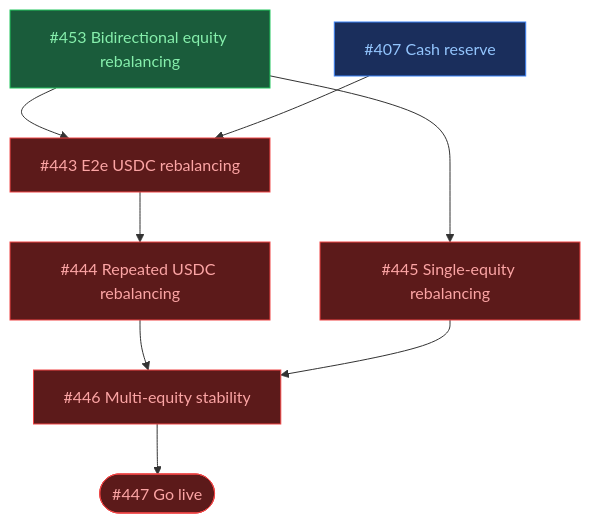
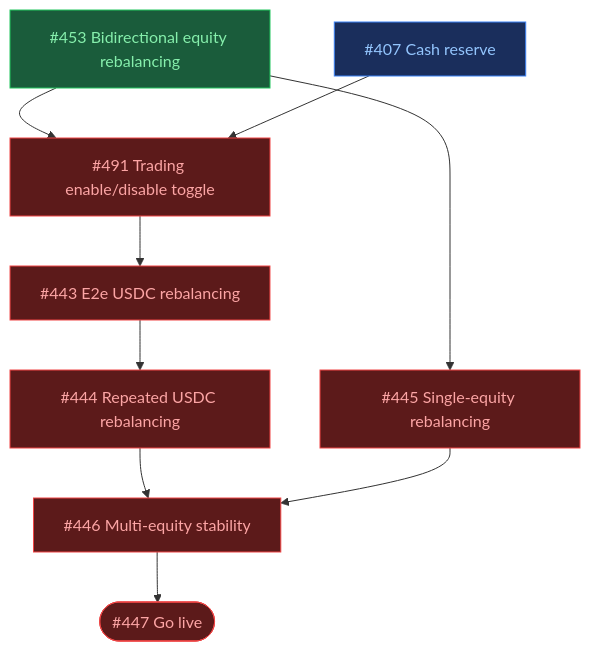
The eighth of 8 diagrams in ROADMAP.md (ST0x-Technology/st0x.liquidity), drawn with Mermaid before and after one commit. The commit also changed other lines of this file, not shown here.

Commit message:
roadmap: add #491 trading toggle between cash reserve and e2e rebalancing

````diff
--- a/ROADMAP.md
+++ b/ROADMAP.md
@@ -297,26 +297,28 @@
 ```mermaid
 graph TD
     classDef wip fill:#1a2e5c,stroke:#3b82f6,color:#93c5fd
     classDef blocked fill:#5c1a1a,stroke:#ef4444,color:#fca5a5
     classDef done fill:#1a5c3b,stroke:#22c55e,color:#86efac
 
     id453["#453 Bidirectional equity rebalancing"]:::done
     id407["#407 Cash reserve"]:::wip
+    id491["#491 Trading enable/disable toggle"]:::blocked
     id443["#443 E2e USDC rebalancing"]:::blocked
     id444["#444 Repeated USDC rebalancing"]:::blocked
     id445["#445 Single-equity rebalancing"]:::blocked
     id446["#446 Multi-equity stability"]:::blocked
     id447(["#447 Go live"]):::blocked
 
-    id453 & id407 --> id443 --> id444
+    id453 & id407 --> id491 --> id443 --> id444
     id453 --> id445
     id444 & id445 --> id446 --> id447
 
     click id453 href "https://github.com/ST0x-Technology/st0x.liquidity/issues/453"
     click id407 href "https://github.com/ST0x-Technology/st0x.liquidity/issues/407"
+    click id491 href "https://github.com/ST0x-Technology/st0x.liquidity/issues/491"
     click id443 href "https://github.com/ST0x-Technology/st0x.liquidity/issues/443"
     click id444 href "https://github.com/ST0x-Technology/st0x.liquidity/issues/444"
     click id445 href "https://github.com/ST0x-Technology/st0x.liquidity/issues/445"
     click id446 href "https://github.com/ST0x-Technology/st0x.liquidity/issues/446"
     click id447 href "https://github.com/ST0x-Technology/st0x.liquidity/issues/447"
 ```
````
